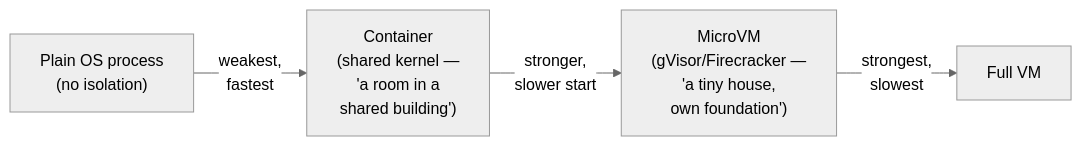
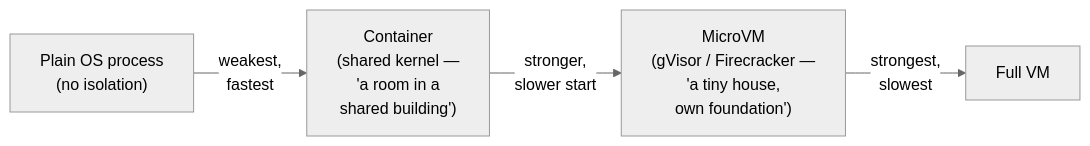
One commit to riyaz-pasha/Learnings changed the eighth of 12 diagrams in system-design/HLD/0-course/66-Design-a-Code-Execution-Engine-LeetCode-Replit-FAANG-Guide-story.md. Above: the diagram before and after it, drawn with Mermaid (neutral theme). The commit also changed other lines of this file and 5 other files, not shown here.

````diff
--- a/system-design/HLD/0-course/66-Design-a-Code-Execution-Engine-LeetCode-Replit-FAANG-Guide-story.md
+++ b/system-design/HLD/0-course/66-Design-a-Code-Execution-Engine-LeetCode-Replit-FAANG-Guide-story.md
@@ -236,6 +510,6 @@
 ```mermaid
 flowchart LR
-    A["Plain OS process\n(no isolation)"] -->|"weakest,\nfastest"| B["Container\n(shared kernel —\n'a room in a\nshared building')"]
-    B -->|"stronger,\nslower start"| C["MicroVM\n(gVisor/Firecracker —\n'a tiny house,\nown foundation')"]
-    C -->|"strongest,\nslowest"| D["Full VM"]
+    A["Plain OS process<br/>(no isolation)"] -->|"weakest,<br/>fastest"| B["Container<br/>(shared kernel —<br/>'a room in a<br/>shared building')"]
+    B -->|"stronger,<br/>slower start"| C["MicroVM<br/>(gVisor / Firecracker —<br/>'a tiny house,<br/>own foundation')"]
+    C -->|"strongest,<br/>slowest"| D["Full VM"]
 ```
````
